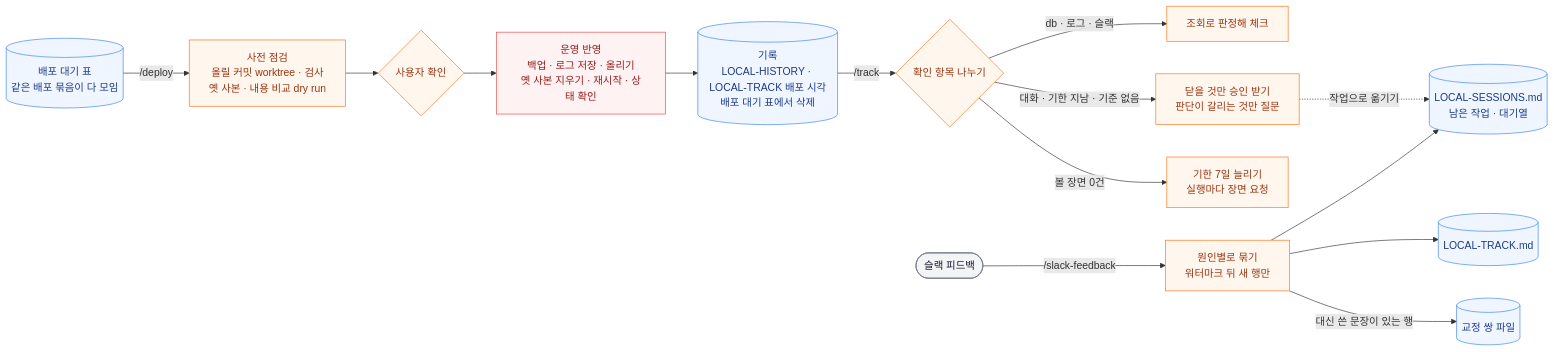
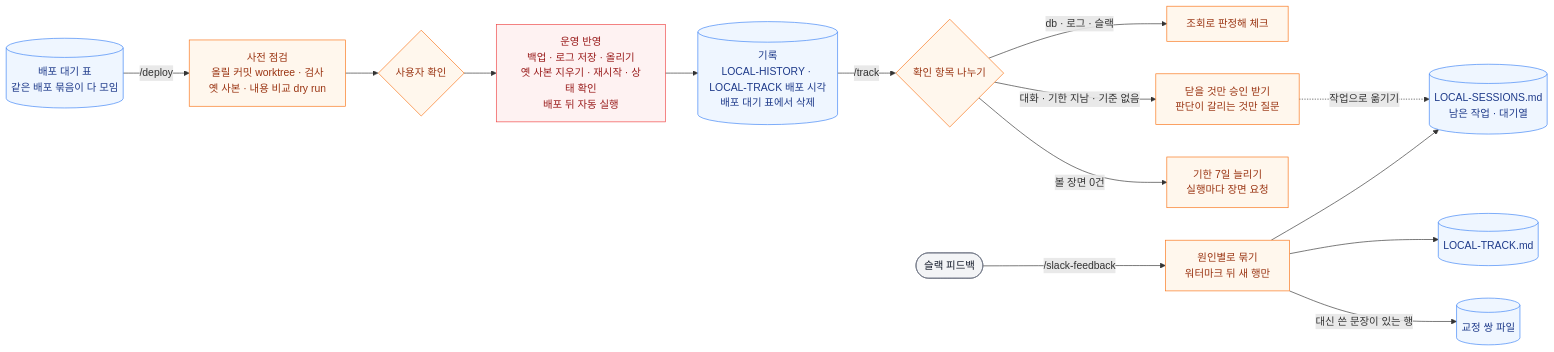
The fifth of 6 diagrams in workflow/skills-overview.md (hyewon3938/build-with-ai), drawn with Mermaid before and after one commit. The commit also changed other lines of this file and 4 other files, not shown here.

````diff
--- a/workflow/skills-overview.md
+++ b/workflow/skills-overview.md
@@ -163,26 +163,26 @@
 ```mermaid
 graph LR
     DW[("배포 대기 표<br/>같은 배포 묶음이 다 모임")] -->|/deploy| PRE["사전 점검<br/>올릴 커밋 worktree · 검사<br/>옛 사본 · 내용 비교 dry run"]
     PRE --> OK{"사용자 확인"}
-    OK --> RUN["운영 반영<br/>백업 · 로그 저장 · 올리기<br/>옛 사본 지우기 · 재시작 · 상태 확인"]
+    OK --> RUN["운영 반영<br/>백업 · 로그 저장 · 올리기<br/>옛 사본 지우기 · 재시작 · 상태 확인<br/>배포 뒤 자동 실행"]
     RUN --> REC[("기록<br/>LOCAL-HISTORY · LOCAL-TRACK 배포 시각<br/>배포 대기 표에서 삭제")]
     REC -->|/track| TR{"확인 항목 나누기"}
     TR -->|db · 로그 · 슬랙| AUTO["조회로 판정해 체크"]
     TR -->|대화 · 기한 지남 · 기준 없음| ASK["닫을 것만 승인 받기<br/>판단이 갈리는 것만 질문"]
     ASK -.작업으로 옮기기.-> QU[("LOCAL-SESSIONS.md<br/>남은 작업 · 대기열")]
     TR -->|볼 장면 0건| SCENE["기한 7일 늘리기<br/>실행마다 장면 요청"]
     SL(["슬랙 피드백"]) -->|/slack-feedback| FB["원인별로 묶기<br/>워터마크 뒤 새 행만"]
     FB --> QU
     FB --> TK[("LOCAL-TRACK.md")]
     FB -->|대신 쓴 문장이 있는 행| CP[("교정 쌍 파일")]
 
     classDef io fill:#f3f4f6,stroke:#6b7280,color:#111827
     classDef judge fill:#fff7ed,stroke:#f97316,color:#9a3412
     classDef local fill:#eff6ff,stroke:#3b82f6,color:#1e3a8a
     classDef external fill:#fef2f2,stroke:#ef4444,color:#991b1b
 
     class SL io
     class PRE,OK,TR,AUTO,ASK,SCENE,FB judge
     class DW,REC,QU,TK,CP local
     class RUN external
 ```
````
